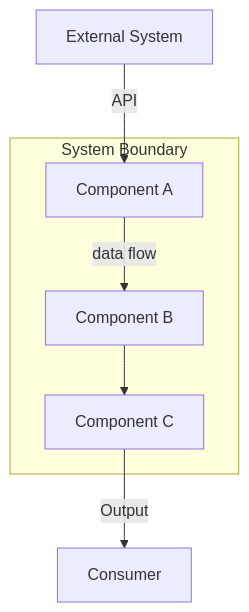
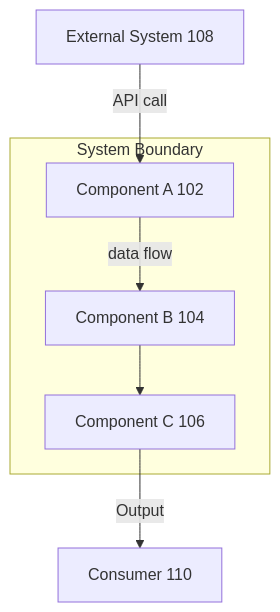
Before and after one commit to trilogy-group/cc-skill-patent-disclosure: the second of 7 diagrams in skills/patent-disclosure/prompts/diagram-guidelines.md, drawn with Mermaid. The commit also changed other lines of this file and 13 other files, not shown here.

````diff
--- a/skills/patent-disclosure/prompts/diagram-guidelines.md
+++ b/skills/patent-disclosure/prompts/diagram-guidelines.md
@@ -13,9 +42,9 @@
 ```mermaid
 graph TB
     subgraph "System Boundary"
-        A[Component A] -->|data flow| B[Component B]
-        B --> C[Component C]
+        A["Component A 102"] -->|"data flow"| B["Component B 104"]
+        B --> C["Component C 106"]
     end
-    D[External System] -->|API| A
-    C -->|Output| E[Consumer]
+    D["External System 108"] -->|"API call"| A
+    C -->|"Output"| E["Consumer 110"]
 ```
````
